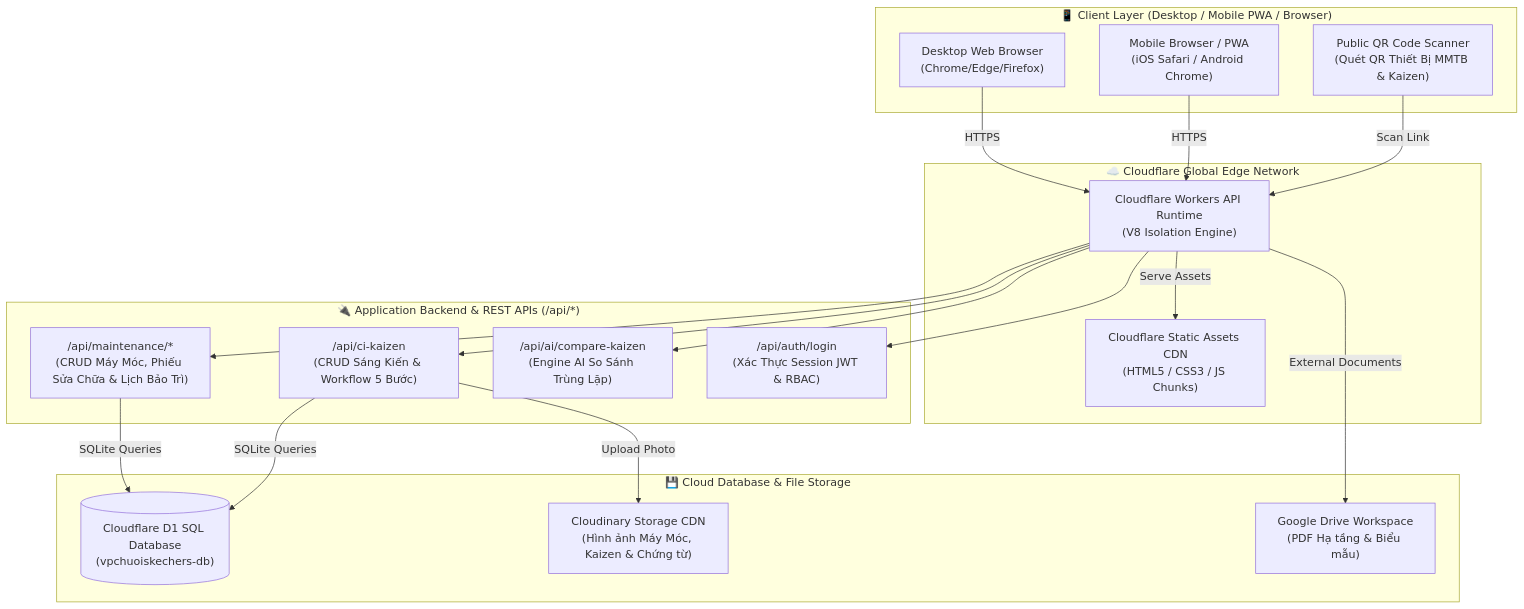
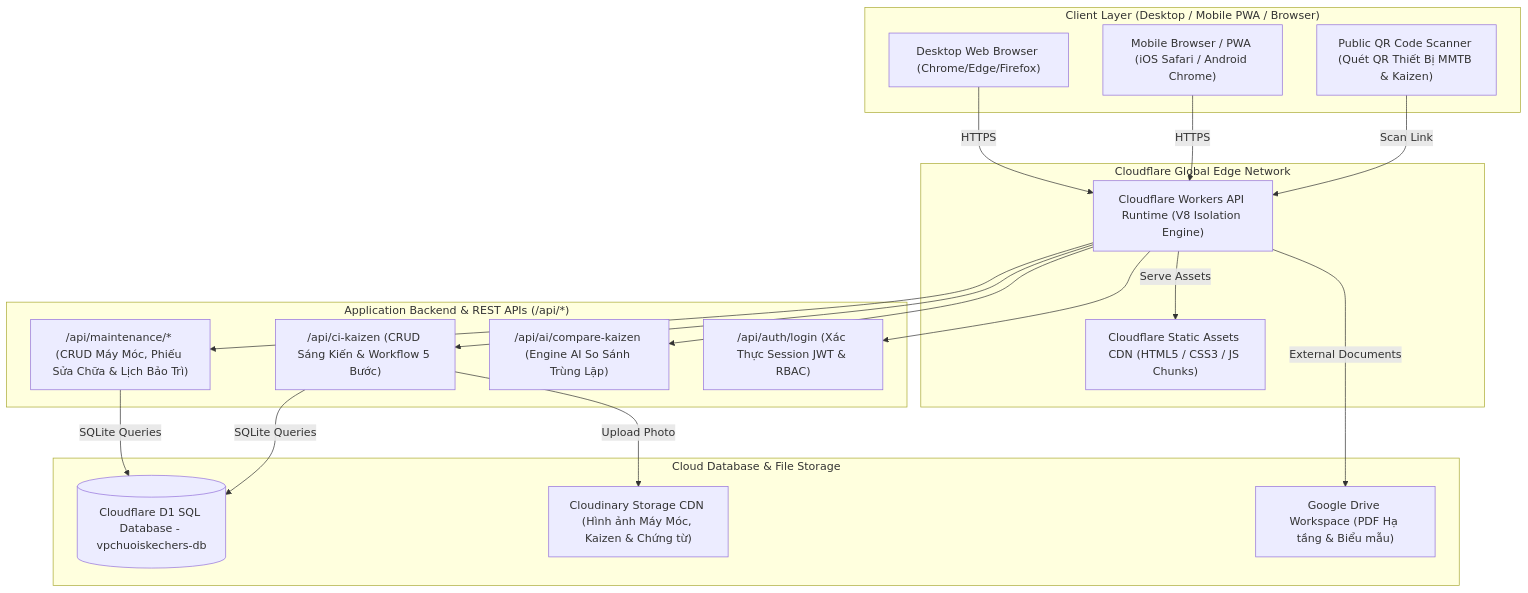
Before and after one commit to tbsgroup2026/vpchuoiskechers: the first of 13 diagrams in README.md, drawn with Mermaid. The commit also changed other lines of this file, not shown here.

Commit message:
fix(docs): quote all Mermaid node labels to guarantee 100% clean rendering on GitHub

````diff
--- a/README.md
+++ b/README.md
@@ -81,41 +81,41 @@
 ```mermaid
 flowchart TD
-    subgraph CLIENT_LAYER ["📱 Client Layer (Desktop / Mobile PWA / Browser)"]
-        UserPC["Desktop Web Browser\n(Chrome/Edge/Firefox)"]
-        UserMobile["Mobile Browser / PWA\n(iOS Safari / Android Chrome)"]
-        UserQR["Public QR Code Scanner\n(Quét QR Thiết Bị MMTB & Kaizen)"]
+    subgraph CLIENT_LAYER ["Client Layer (Desktop / Mobile PWA / Browser)"]
+        UserPC["Desktop Web Browser (Chrome/Edge/Firefox)"]
+        UserMobile["Mobile Browser / PWA (iOS Safari / Android Chrome)"]
+        UserQR["Public QR Code Scanner (Quét QR Thiết Bị MMTB & Kaizen)"]
     end
 
-    subgraph CDN_EDGE ["☁️ Cloudflare Global Edge Network"]
-        WorkerEngine["Cloudflare Workers API Runtime\n(V8 Isolation Engine)"]
-        AssetsCDN["Cloudflare Static Assets CDN\n(HTML5 / CSS3 / JS Chunks)"]
+    subgraph CDN_EDGE ["Cloudflare Global Edge Network"]
+        WorkerEngine["Cloudflare Workers API Runtime (V8 Isolation Engine)"]
+        AssetsCDN["Cloudflare Static Assets CDN (HTML5 / CSS3 / JS Chunks)"]
     end
 
-    subgraph BACKEND_SERVICES ["🔌 Application Backend & REST APIs (/api/*)"]
-        API_MMTB["/api/maintenance/*\n(CRUD Máy Móc, Phiếu Sửa Chữa & Lịch Bảo Trì)"]
-        API_Kaizen["/api/ci-kaizen\n(CRUD Sáng Kiến & Workflow 5 Bước)"]
-        API_AI["/api/ai/compare-kaizen\n(Engine AI So Sánh Trùng Lặp)"]
-        API_Auth["/api/auth/login\n(Xác Thực Session JWT & RBAC)"]
+    subgraph BACKEND_SERVICES ["Application Backend & REST APIs (/api/*)"]
+        API_MMTB["/api/maintenance/* (CRUD Máy Móc, Phiếu Sửa Chữa & Lịch Bảo Trì)"]
+        API_Kaizen["/api/ci-kaizen (CRUD Sáng Kiến & Workflow 5 Bước)"]
+        API_AI["/api/ai/compare-kaizen (Engine AI So Sánh Trùng Lặp)"]
+        API_Auth["/api/auth/login (Xác Thực Session JWT & RBAC)"]
     end
 
-    subgraph DATA_STORAGE ["💾 Cloud Database & File Storage"]
-        D1_DB[("Cloudflare D1 SQL Database\n(vpchuoiskechers-db)")]
-        CloudinaryCDN["Cloudinary Storage CDN\n(Hình ảnh Máy Móc, Kaizen & Chứng từ)"]
-        GDriveDocs["Google Drive Workspace\n(PDF Hạ tầng & Biểu mẫu)"]
+    subgraph DATA_STORAGE ["Cloud Database & File Storage"]
+        D1_DB[("Cloudflare D1 SQL Database - vpchuoiskechers-db")]
+        CloudinaryCDN["Cloudinary Storage CDN (Hình ảnh Máy Móc, Kaizen & Chứng từ)"]
+        GDriveDocs["Google Drive Workspace (PDF Hạ tầng & Biểu mẫu)"]
     end
 
     UserPC -->|HTTPS| WorkerEngine
     UserMobile -->|HTTPS| WorkerEngine
     UserQR -->|Scan Link| WorkerEngine
 
     WorkerEngine -->|Serve Assets| AssetsCDN
     WorkerEngine --> API_MMTB
     WorkerEngine --> API_Kaizen
     WorkerEngine --> API_AI
     WorkerEngine --> API_Auth
 
     API_MMTB -->|SQLite Queries| D1_DB
     API_Kaizen -->|SQLite Queries| D1_DB
     API_Kaizen -->|Upload Photo| CloudinaryCDN
     WorkerEngine -->|External Documents| GDriveDocs
 ```
````
